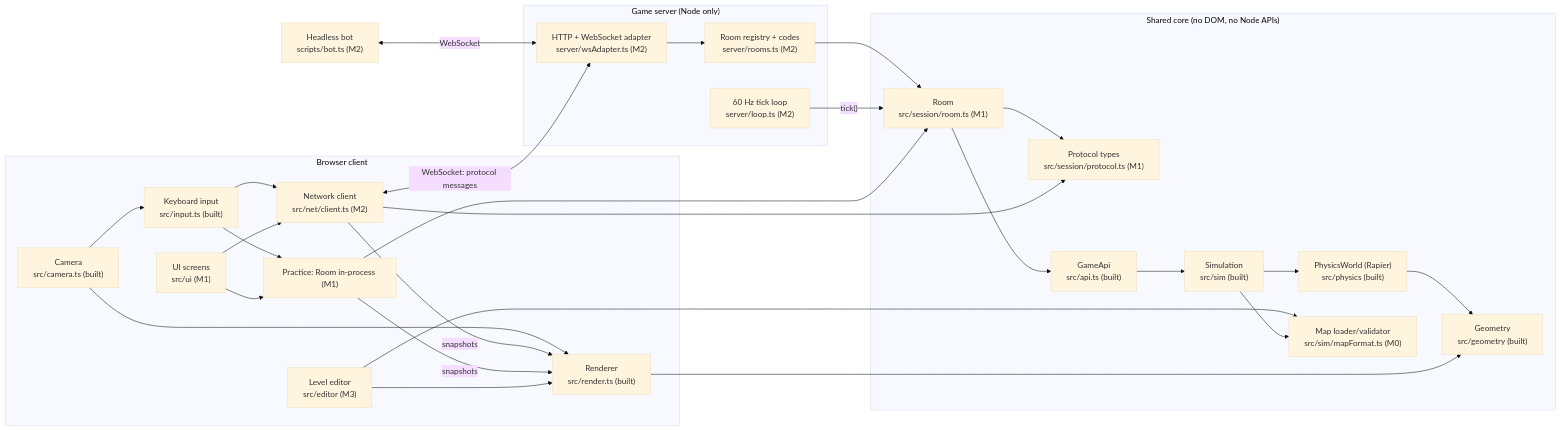
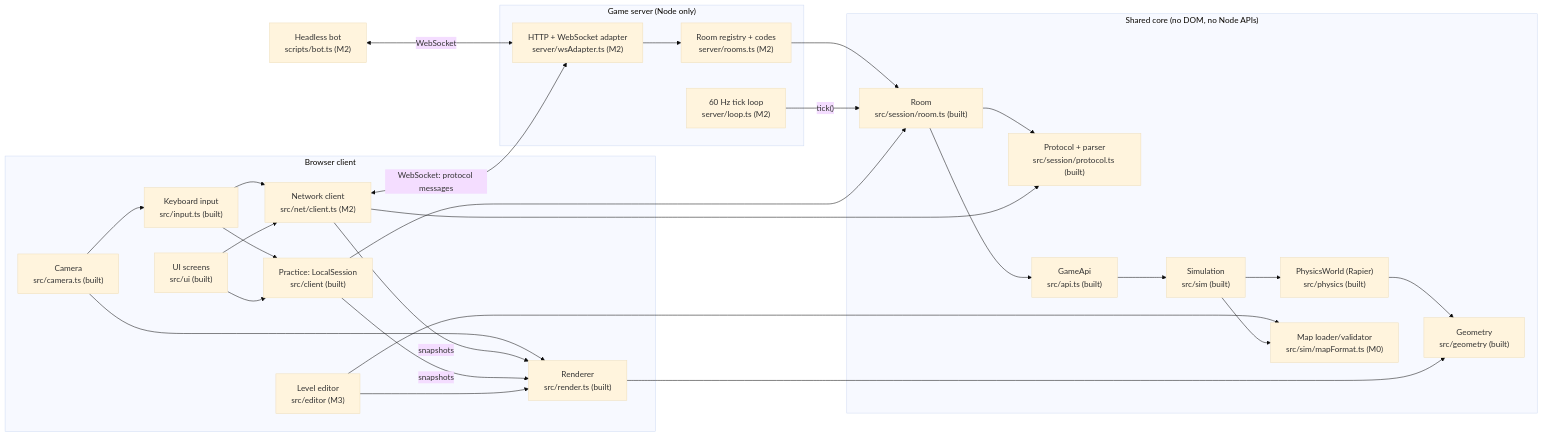
One commit to j1010001/aibuild-bulanci-test-1 changed the first of 5 diagrams in spec/architecture.md. Above: the diagram before and after it, drawn with Mermaid (base theme). The commit also changed other lines of this file and 13 other files, not shown here.

````diff
--- a/spec/architecture.md
+++ b/spec/architecture.md
@@ -20,52 +20,52 @@
 ```mermaid
 flowchart LR
   subgraph Browser["Browser client"]
-    UI["UI screens<br/>src/ui (M1)"]
+    UI["UI screens<br/>src/ui (built)"]
     Input["Keyboard input<br/>src/input.ts (built)"]
     Camera["Camera<br/>src/camera.ts (built)"]
     Renderer["Renderer<br/>src/render.ts (built)"]
     NetClient["Network client<br/>src/net/client.ts (M2)"]
     Editor["Level editor<br/>src/editor (M3)"]
-    PracticeRoom["Practice: Room in-process (M1)"]
+    PracticeRoom["Practice: LocalSession<br/>src/client (built)"]
   end
 
   subgraph Core["Shared core (no DOM, no Node APIs)"]
-    Room["Room<br/>src/session/room.ts (M1)"]
-    Protocol["Protocol types<br/>src/session/protocol.ts (M1)"]
+    Room["Room<br/>src/session/room.ts (built)"]
+    Protocol["Protocol + parser<br/>src/session/protocol.ts (built)"]
     GameApi["GameApi<br/>src/api.ts (built)"]
     Sim["Simulation<br/>src/sim (built)"]
     Physics["PhysicsWorld (Rapier)<br/>src/physics (built)"]
     Geometry["Geometry<br/>src/geometry (built)"]
     MapFormat["Map loader/validator<br/>src/sim/mapFormat.ts (M0)"]
   end
 
   subgraph Server["Game server (Node only)"]
     WS["HTTP + WebSocket adapter<br/>server/wsAdapter.ts (M2)"]
     Registry["Room registry + codes<br/>server/rooms.ts (M2)"]
     Loop["60 Hz tick loop<br/>server/loop.ts (M2)"]
   end
 
   Bot["Headless bot<br/>scripts/bot.ts (M2)"]
 
   Input --> NetClient
   Input --> PracticeRoom
   Camera --> Input
   Camera --> Renderer
   NetClient <-->|"WebSocket: protocol messages"| WS
   Bot <-->|"WebSocket"| WS
   WS --> Registry --> Room
   Loop -->|"tick()"| Room
   PracticeRoom --> Room
   NetClient -->|"snapshots"| Renderer
   PracticeRoom -->|"snapshots"| Renderer
   UI --> NetClient
   UI --> PracticeRoom
   Editor --> MapFormat
   Editor --> Renderer
   Room --> GameApi --> Sim --> Physics
   Room --> Protocol
   NetClient --> Protocol
   Sim --> MapFormat
   Physics --> Geometry
   Renderer --> Geometry
 ```
````
